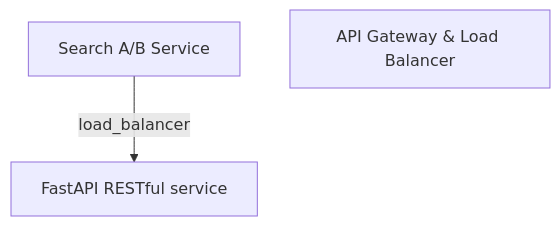
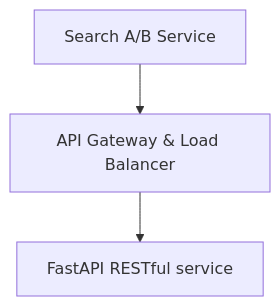
Before and after one commit to caiferris/qtact: the diagram in osprey_search_ARCHITECTURE.md, drawn with Mermaid.

Commit message:
Updated osprey doc

````diff
--- a/osprey_search_ARCHITECTURE.md
+++ b/osprey_search_ARCHITECTURE.md
@@ -45,7 +45,7 @@
 ```mermaid
 flowchart 
   query["Search A/B Service"]
   load_balancer["API Gateway & Load Balancer"]
   api_server["FastAPI RESTful service"]
-  query -- load_balancer --> api_server
+  query --> load_balancer --> api_server
 ```
````
